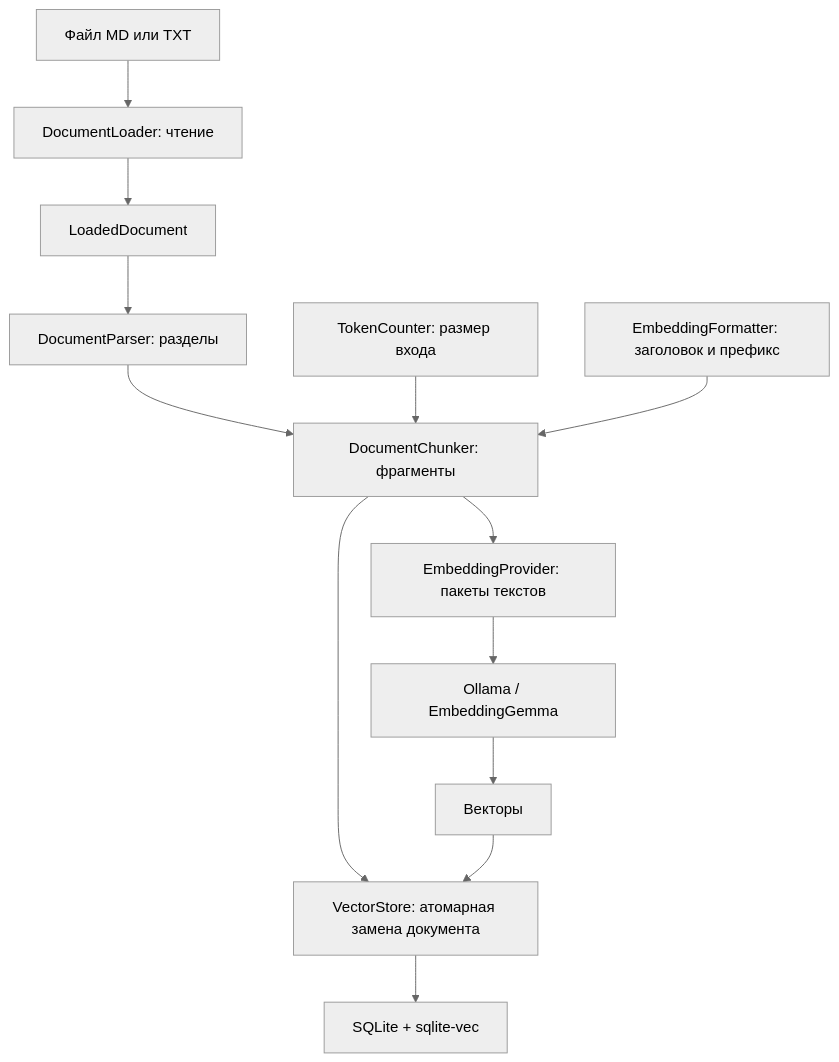
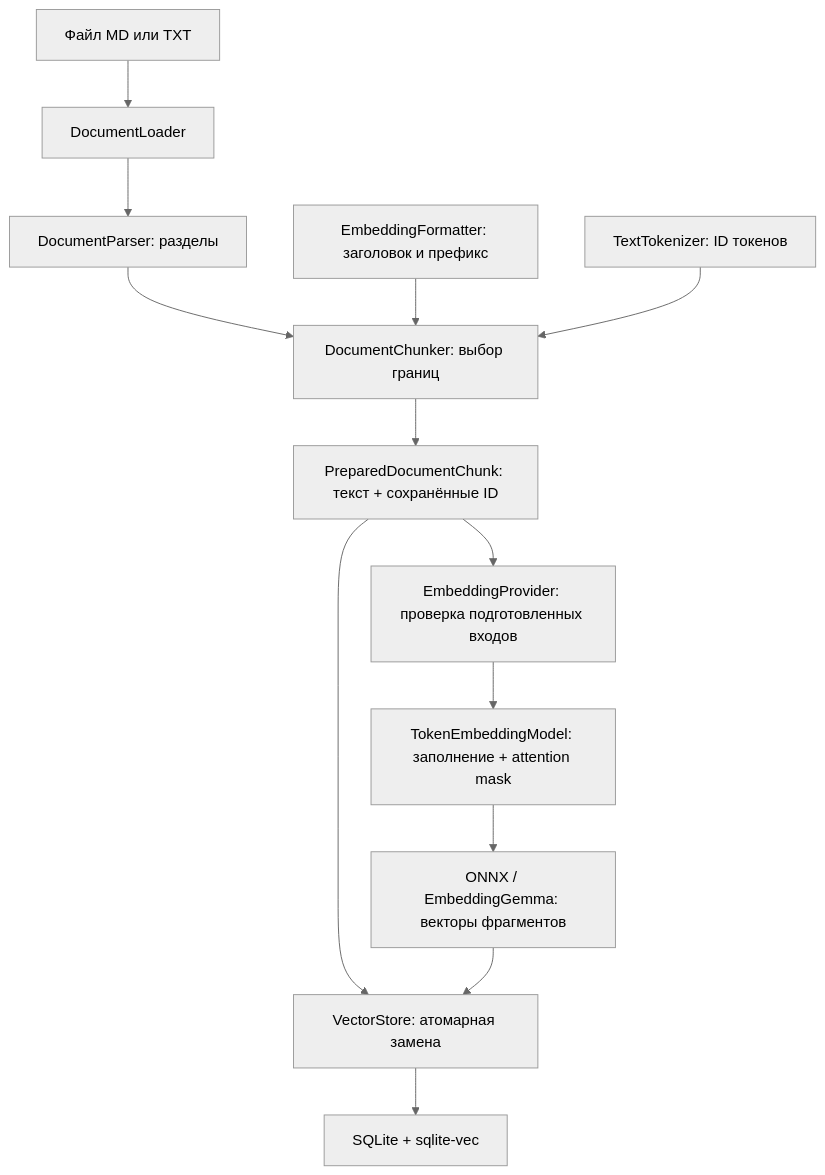
Before and after one commit to ichernetskii/multimodal-rag-knowledge-base: the first of 2 diagrams in README.ru.md, drawn with Mermaid (neutral theme). The commit also changed other lines of this file and 30 other files, not shown here.

````diff
--- a/README.ru.md
+++ b/README.ru.md
@@ -74,15 +90,15 @@
 ```mermaid
 flowchart TD
-  F["Файл MD или TXT"] --> L["DocumentLoader: чтение"]
-  L --> D["LoadedDocument"]
-  D --> P["DocumentParser: разделы"]
-  P --> C["DocumentChunker: фрагменты"]
-  T["TokenCounter: размер входа"] --> C
+  F["Файл MD или TXT"] --> L["DocumentLoader"]
+  L --> P["DocumentParser: разделы"]
+  P --> C["DocumentChunker: выбор границ"]
   M["EmbeddingFormatter: заголовок и префикс"] --> C
-  C --> B["EmbeddingProvider: пакеты текстов"]
-  B --> O["Ollama / EmbeddingGemma"]
-  O --> V["Векторы"]
-  C --> S["VectorStore: атомарная замена документа"]
-  V --> S
+  T["TextTokenizer: ID токенов"] --> C
+  C --> D["PreparedDocumentChunk: текст + сохранённые ID"]
+  D --> E["EmbeddingProvider: проверка подготовленных входов"]
+  E --> R["TokenEmbeddingModel: заполнение + attention mask"]
+  R --> O["ONNX / EmbeddingGemma: векторы фрагментов"]
+  D --> S["VectorStore: атомарная замена"]
+  O --> S
   S --> DB["SQLite + sqlite-vec"]
 ```
````
